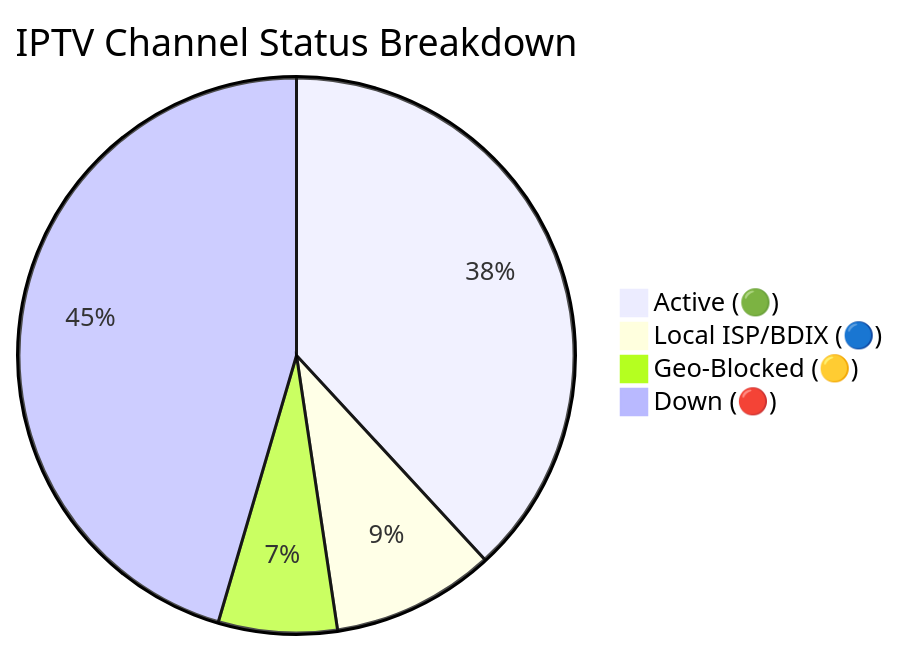
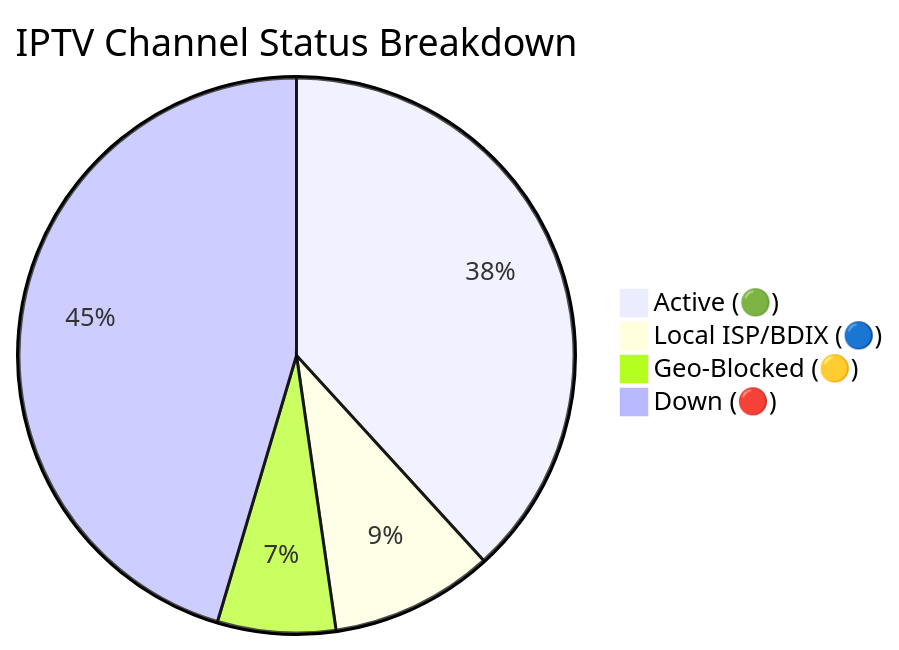
Before and after one commit to Zaman-Topu/Ip-tv-Collection: the diagram in README.md, drawn with Mermaid. The commit also changed other lines of this file and 1 other file, not shown here.

Commit message:
docs(readme): auto-update daily channel status chart

````diff
--- a/README.md
+++ b/README.md
@@ -59,7 +59,7 @@
 ```mermaid
 pie title IPTV Channel Status Breakdown
-    "Active (🟢)" : 3080
+    "Active (🟢)" : 3087
     "Local ISP/BDIX (🔵)" : 767
-    "Geo-Blocked (🟡)" : 558
-    "Down (🔴)" : 3671
+    "Geo-Blocked (🟡)" : 555
+    "Down (🔴)" : 3667
 ```
````
